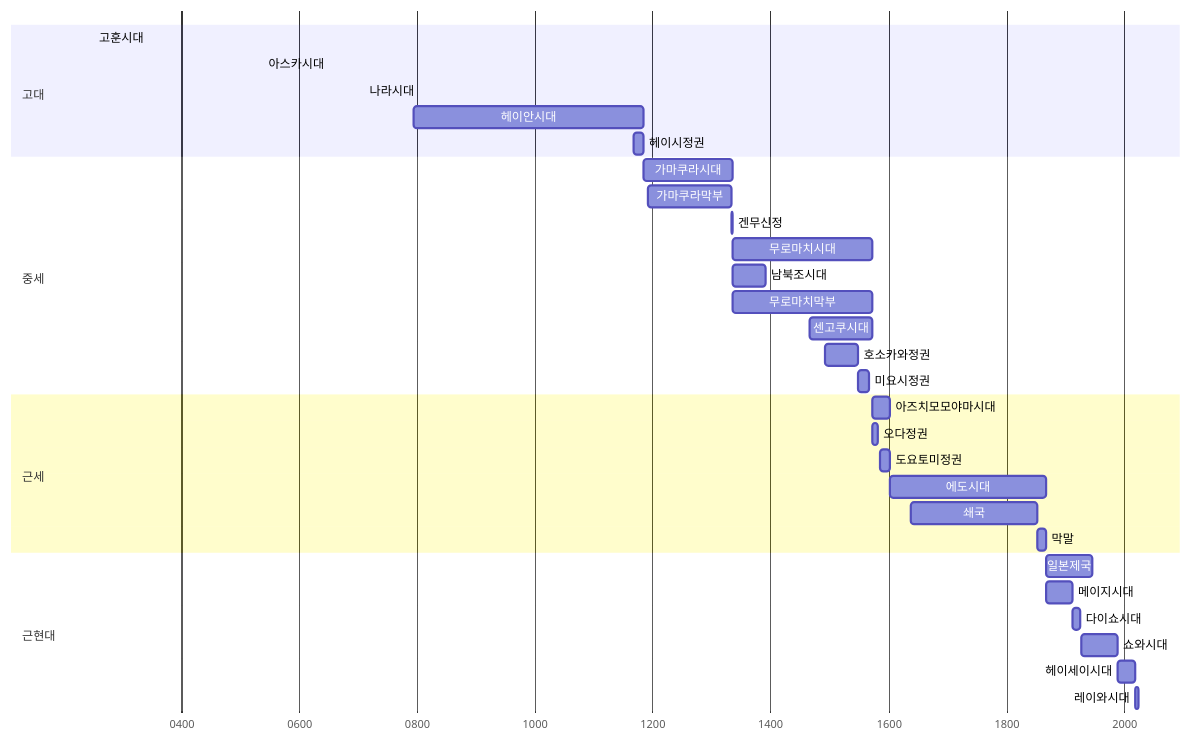
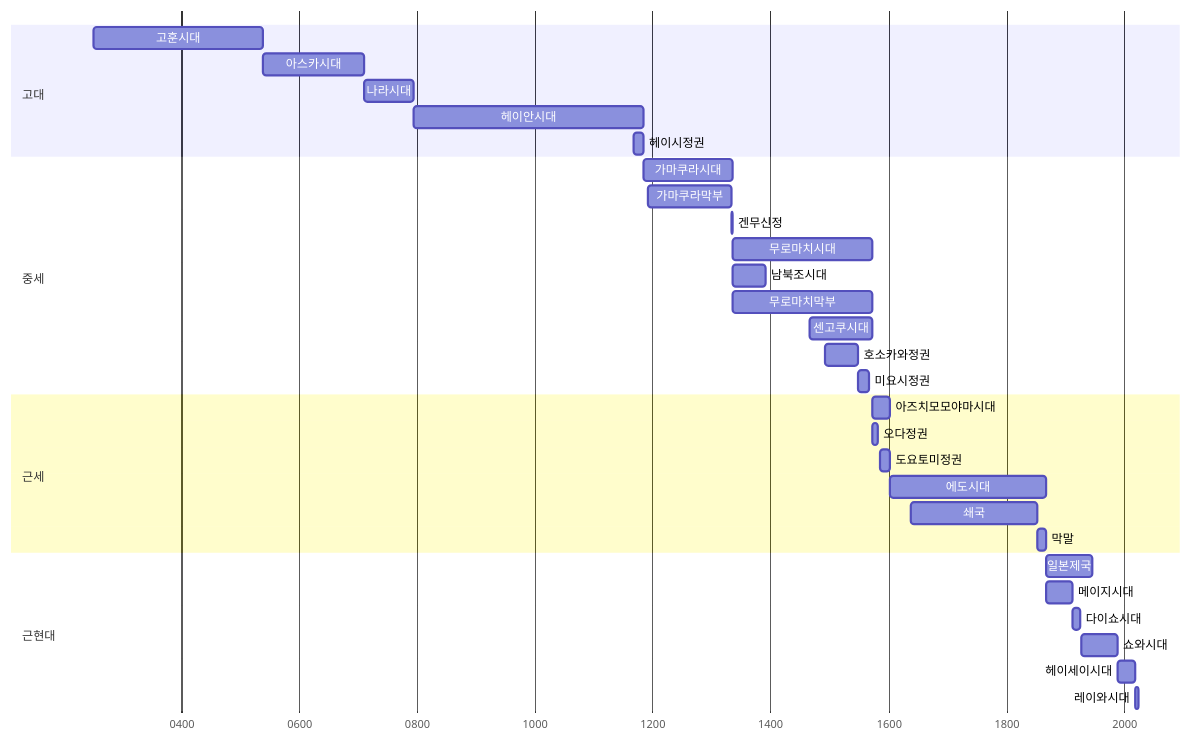
One commit to daewonyoon/historigram changed the diagram in 일본사/일본사개론.md. Above: the diagram before and after it, drawn with Mermaid.

````diff
--- a/일본사/일본사개론.md
+++ b/일본사/일본사개론.md
@@ -1,41 +1,41 @@
 ```mermaid
 gantt
 
 	dateFormat YYYY
 	axisFormat %Y
 	
     section 고대
-    고훈시대 : 250, 538
-    아스카시대 : 538, 710
-    나라시대: 710, 794
-    헤이안시대: 794, 1185
+    고훈시대 : 0250, 0538
+    아스카시대 : 0538, 0710
+    나라시대: 0710, 0794
+    헤이안시대: 0794, 1185
     헤이시정권: 1167, 1185
 
     section 중세
     가마쿠라시대: 1185, 1336
     가마쿠라막부: 1192, 1333
     겐무신정: 1333, 1336
     무로마치시대: 1336, 1573
     남북조시대: 1336, 1392
     무로마치막부: 1336, 1573
     센고쿠시대: 1467, 1573
     호소카와정권: 1493, 1549
     미요시정권: 1549, 1568
 
     section 근세
     아즈치모모야마시대: 1573, 1603
     오다정권: 1573, 1583
     도요토미정권: 1585, 1603
     에도시대: 1603, 1868
     쇄국: 1639, 1854
     막말: 1853, 1868
 
     section 근현대
     일본제국: 1868, 1947
     메이지시대: 1868, 1912
     다이쇼시대: 1912, 1926
     쇼와시대: 1927, 1989
     헤이세이시대: 1989, 2019
     레이와시대: 2019, 2025
 
 ```
````
